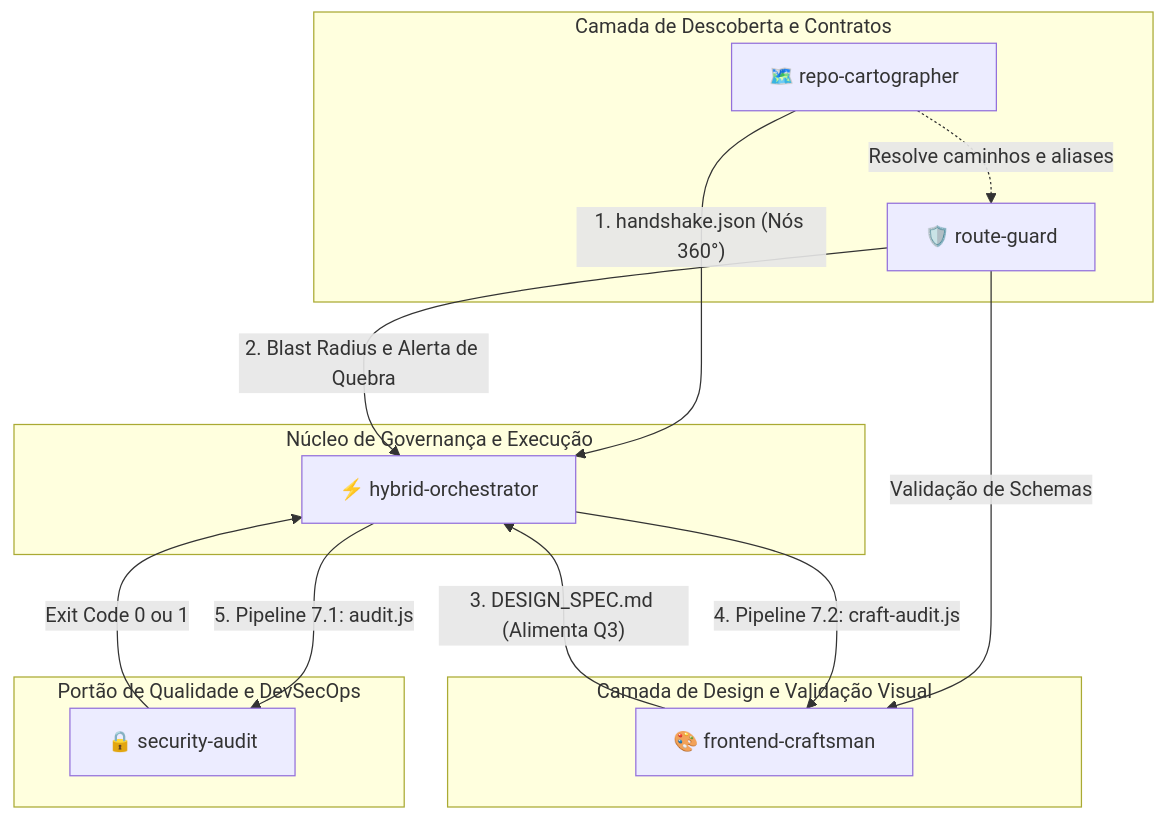
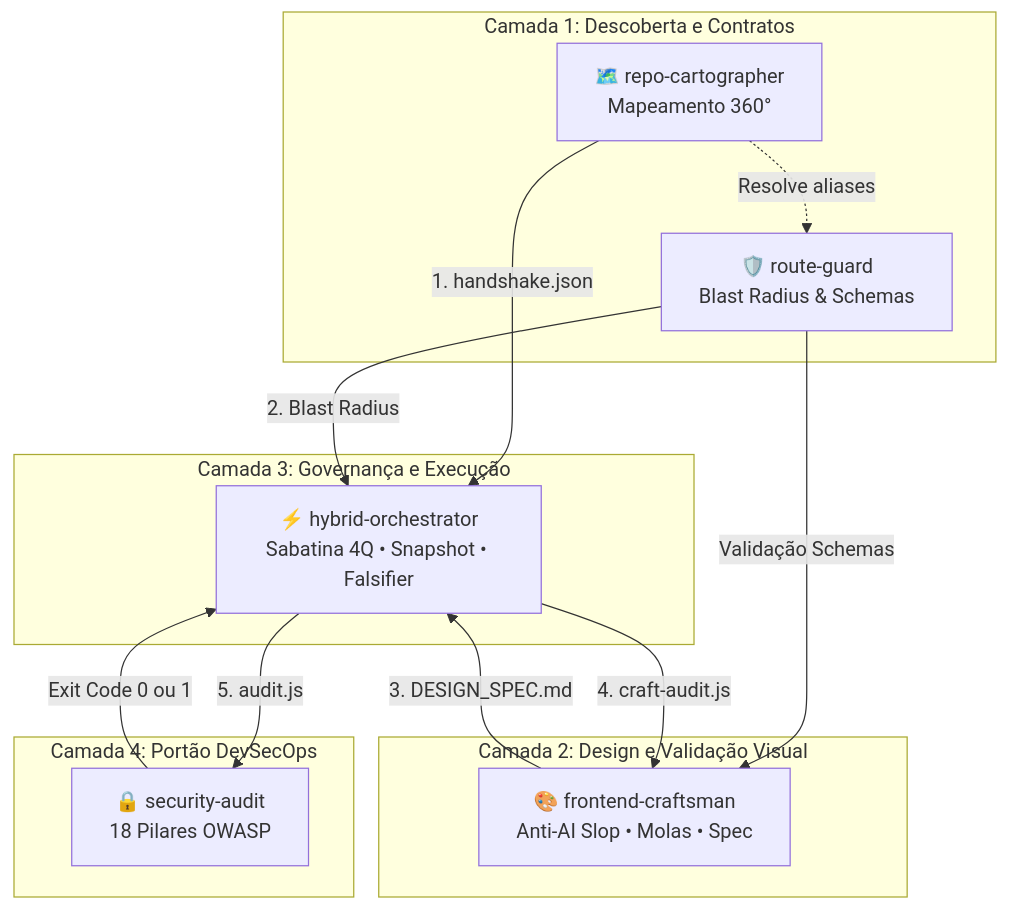
The second of 4 diagrams in README.md (Henrique-All/skills), drawn with Mermaid before and after one commit. The commit also changed other lines of this file and 2 other files, not shown here.

Commit message:
docs(diagrams): break down wide horizontal flows into vertical multi-tier stacks with line breaks for clear high-resolution rendering

````diff
--- a/README.md
+++ b/README.md
@@ -48,35 +44,29 @@
 ```mermaid
 flowchart TD
-    subgraph C1 ["Camada de Descoberta e Contratos"]
-        RC["🗺️ repo-cartographer"]
-        RG["🛡️ route-guard"]
+    subgraph C1 ["Camada 1: Descoberta e Contratos"]
+        RC["🗺️ repo-cartographer<br/>Mapeamento 360°"]
+        RG["🛡️ route-guard<br/>Blast Radius & Schemas"]
     end
 
-    subgraph C2 ["Camada de Design e Validação Visual"]
-        FC["🎨 frontend-craftsman"]
+    subgraph C2 ["Camada 2: Design e Validação Visual"]
+        FC["🎨 frontend-craftsman<br/>Anti-AI Slop • Molas • Spec"]
     end
 
-    subgraph C3 ["Núcleo de Governança e Execução"]
-        HO["⚡ hybrid-orchestrator"]
+    subgraph C3 ["Camada 3: Governança e Execução"]
+        HO["⚡ hybrid-orchestrator<br/>Sabatina 4Q • Snapshot • Falsifier"]
     end
 
-    subgraph C4 ["Portão de Qualidade e DevSecOps"]
-        SA["🔒 security-audit"]
+    subgraph C4 ["Camada 4: Portão DevSecOps"]
+        SA["🔒 security-audit<br/>18 Pilares OWASP"]
     end
 
-    %% Ligações do Cartógrafo
-    RC -- "1. handshake.json (Nós 360°)" --> HO
-    RC -. "Resolve caminhos e aliases" .-> RG
-
-    %% Ligações do Route Guard
-    RG -- "2. Blast Radius e Alerta de Quebra" --> HO
-    RG -- "Validação de Schemas" --> FC
-
-    %% Ligações do Frontend Craftsman
-    FC -- "3. DESIGN_SPEC.md (Alimenta Q3)" --> HO
-    HO -- "4. Pipeline 7.2: craft-audit.js" --> FC
-
-    %% Ligações da Hybrid com Security
-    HO -- "5. Pipeline 7.1: audit.js" --> SA
+    %% Ligações
+    RC -- "1. handshake.json" --> HO
+    RC -. "Resolve aliases" .-> RG
+    RG -- "2. Blast Radius" --> HO
+    RG -- "Validação Schemas" --> FC
+    FC -- "3. DESIGN_SPEC.md" --> HO
+    HO -- "4. craft-audit.js" --> FC
+    HO -- "5. audit.js" --> SA
     SA -- "Exit Code 0 ou 1" --> HO
 ```
````
